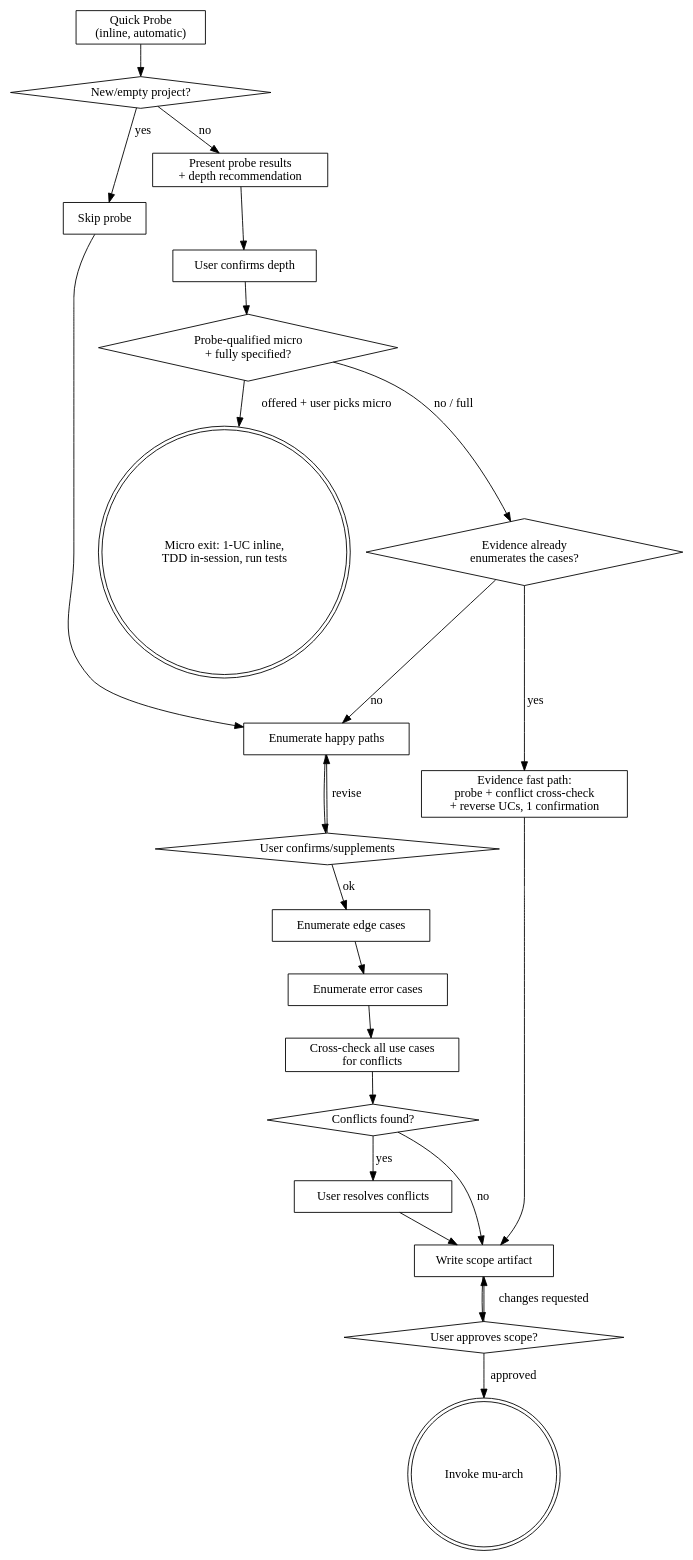
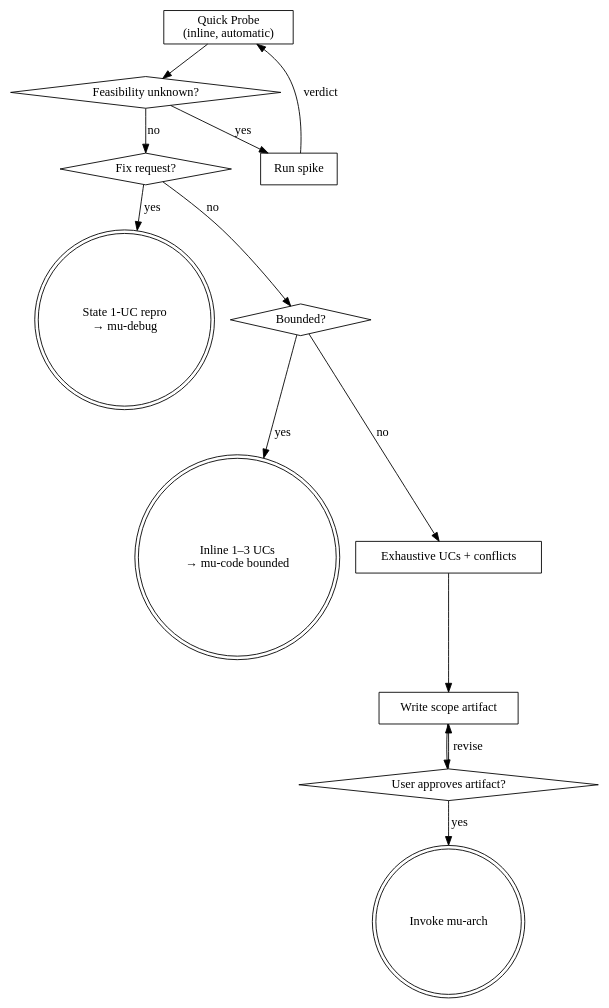
Before and after one commit to knotmark-ai/devmuse: the diagram in skills/mu-scope/SKILL.md, drawn with Graphviz. The commit also changed other lines of this file and 80 other files, not shown here.

````diff
--- a/skills/mu-scope/SKILL.md
+++ b/skills/mu-scope/SKILL.md
@@ -36,47 +37,28 @@
 ```dot
 digraph mu_scope {
     "Quick Probe\n(inline, automatic)" [shape=box];
-    "New/empty project?" [shape=diamond];
-    "Skip probe" [shape=box];
-    "Present probe results\n+ depth recommendation" [shape=box];
-    "User confirms depth" [shape=box];
-    "Enumerate happy paths" [shape=box];
-    "User confirms/supplements" [shape=diamond];
-    "Enumerate edge cases" [shape=box];
-    "Enumerate error cases" [shape=box];
-    "Cross-check all use cases\nfor conflicts" [shape=box];
-    "Conflicts found?" [shape=diamond];
-    "User resolves conflicts" [shape=box];
+    "Feasibility unknown?" [shape=diamond];
+    "Run spike" [shape=box];
+    "Fix request?" [shape=diamond];
+    "State 1-UC repro\n→ mu-debug" [shape=doublecircle];
+    "Bounded?" [shape=diamond];
+    "Inline 1–3 UCs\n→ mu-code bounded" [shape=doublecircle];
+    "Exhaustive UCs + conflicts" [shape=box];
     "Write scope artifact" [shape=box];
-    "User approves scope?" [shape=diamond];
+    "User approves artifact?" [shape=diamond];
     "Invoke mu-arch" [shape=doublecircle];
 
-    "Quick Probe\n(inline, automatic)" -> "New/empty project?";
-    "New/empty project?" -> "Skip probe" [label="yes"];
-    "New/empty project?" -> "Present probe results\n+ depth recommendation" [label="no"];
-    "Skip probe" -> "Enumerate happy paths";
-    "Present probe results\n+ depth recommendation" -> "User confirms depth";
-    "User confirms depth" -> "Probe-qualified micro\n+ fully specified?" ;
-    "Probe-qualified micro\n+ fully specified?" [shape=diamond];
-    "Micro exit: 1-UC inline,\nTDD in-session, run tests" [shape=doublecircle];
-    "Probe-qualified micro\n+ fully specified?" -> "Micro exit: 1-UC inline,\nTDD in-session, run tests" [label="offered + user picks micro"];
-    "Evidence already\nenumerates the cases?" [shape=diamond];
-    "Evidence fast path:\nprobe + conflict cross-check\n+ reverse UCs, 1 confirmation" [shape=box];
-    "Probe-qualified micro\n+ fully specified?" -> "Evidence already\nenumerates the cases?" [label="no / full"];
-    "Evidence already\nenumerates the cases?" -> "Evidence fast path:\nprobe + conflict cross-check\n+ reverse UCs, 1 confirmation" [label="yes"];
-    "Evidence already\nenumerates the cases?" -> "Enumerate happy paths" [label="no"];
-    "Evidence fast path:\nprobe + conflict cross-check\n+ reverse UCs, 1 confirmation" -> "Write scope artifact";
-    "Enumerate happy paths" -> "User confirms/supplements";
-    "User confirms/supplements" -> "Enumerate edge cases" [label="ok"];
-    "User confirms/supplements" -> "Enumerate happy paths" [label="revise"];
-    "Enumerate edge cases" -> "Enumerate error cases";
-    "Enumerate error cases" -> "Cross-check all use cases\nfor conflicts";
-    "Cross-check all use cases\nfor conflicts" -> "Conflicts found?";
-    "Conflicts found?" -> "User resolves conflicts" [label="yes"];
-    "Conflicts found?" -> "Write scope artifact" [label="no"];
-    "User resolves conflicts" -> "Write scope artifact";
-    "Write scope artifact" -> "User approves scope?";
-    "User approves scope?" -> "Write scope artifact" [label="changes requested"];
-    "User approves scope?" -> "Invoke mu-arch" [label="approved"];
+    "Quick Probe\n(inline, automatic)" -> "Feasibility unknown?";
+    "Feasibility unknown?" -> "Run spike" [label="yes"];
+    "Run spike" -> "Quick Probe\n(inline, automatic)" [label="verdict"];
+    "Feasibility unknown?" -> "Fix request?" [label="no"];
+    "Fix request?" -> "State 1-UC repro\n→ mu-debug" [label="yes"];
+    "Fix request?" -> "Bounded?" [label="no"];
+    "Bounded?" -> "Inline 1–3 UCs\n→ mu-code bounded" [label="yes"];
+    "Bounded?" -> "Exhaustive UCs + conflicts" [label="no"];
+    "Exhaustive UCs + conflicts" -> "Write scope artifact";
+    "Write scope artifact" -> "User approves artifact?";
+    "User approves artifact?" -> "Write scope artifact" [label="revise"];
+    "User approves artifact?" -> "Invoke mu-arch" [label="yes"];
 }
 ```
````
